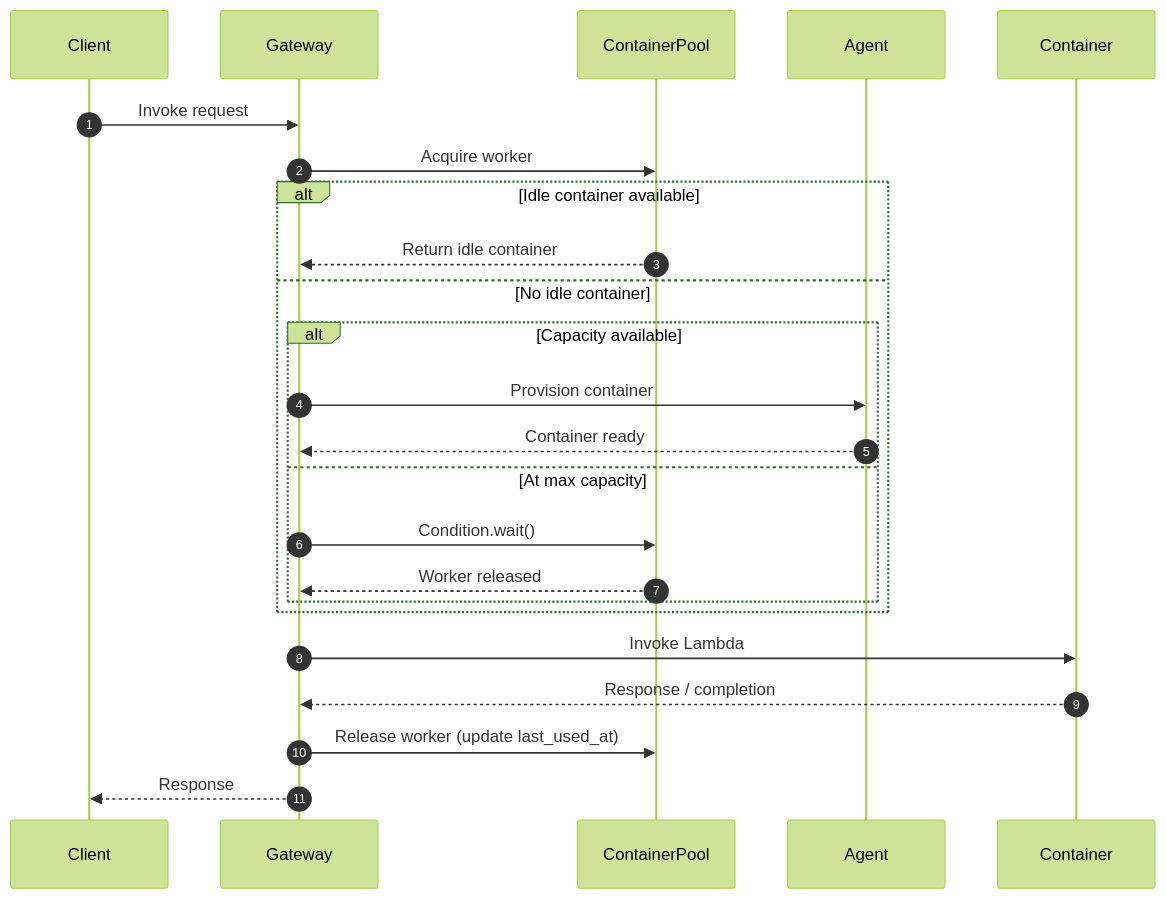
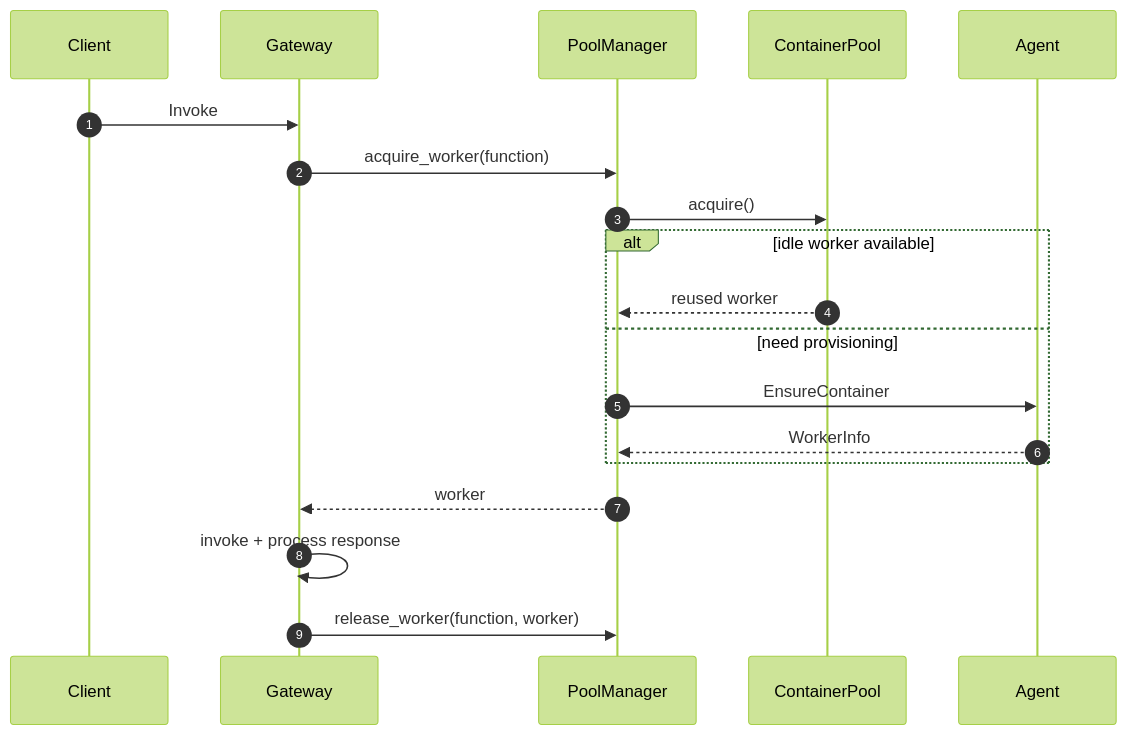
One commit to poruru-code/esb changed the first of 2 diagrams in services/gateway/docs/autoscaling.md. Above: the diagram before and after it, drawn with Mermaid (forest theme). The commit also changed other lines of this file and 31 other files, not shown here.

````diff
--- a/services/gateway/docs/autoscaling.md
+++ b/services/gateway/docs/autoscaling.md
@@ -161,27 +25,22 @@
 ```mermaid
 sequenceDiagram
     autonumber
     participant Client
-    participant Gateway
+    participant GW as Gateway
+    participant PM as PoolManager
     participant Pool as ContainerPool
-    participant Agent as Agent
-    participant Container
+    participant AG as Agent
 
-    Client->>Gateway: Invoke request
-    Gateway->>Pool: Acquire worker
-    alt Idle container available
-        Pool-->>Gateway: Return idle container
-    else No idle container
-        alt Capacity available
-            Gateway->>Agent: Provision container
-            Agent-->>Gateway: Container ready
-        else At max capacity
-            Gateway->>Pool: Condition.wait()
-            Pool-->>Gateway: Worker released
-        end
+    Client->>GW: Invoke
+    GW->>PM: acquire_worker(function)
+    PM->>Pool: acquire()
+    alt idle worker available
+        Pool-->>PM: reused worker
+    else need provisioning
+        PM->>AG: EnsureContainer
+        AG-->>PM: WorkerInfo
     end
-    Gateway->>Container: Invoke Lambda
-    Container-->>Gateway: Response / completion
-    Gateway->>Pool: Release worker (update last_used_at)
-    Gateway-->>Client: Response
+    PM-->>GW: worker
+    GW->>GW: invoke + process response
+    GW->>PM: release_worker(function, worker)
 ```
````
